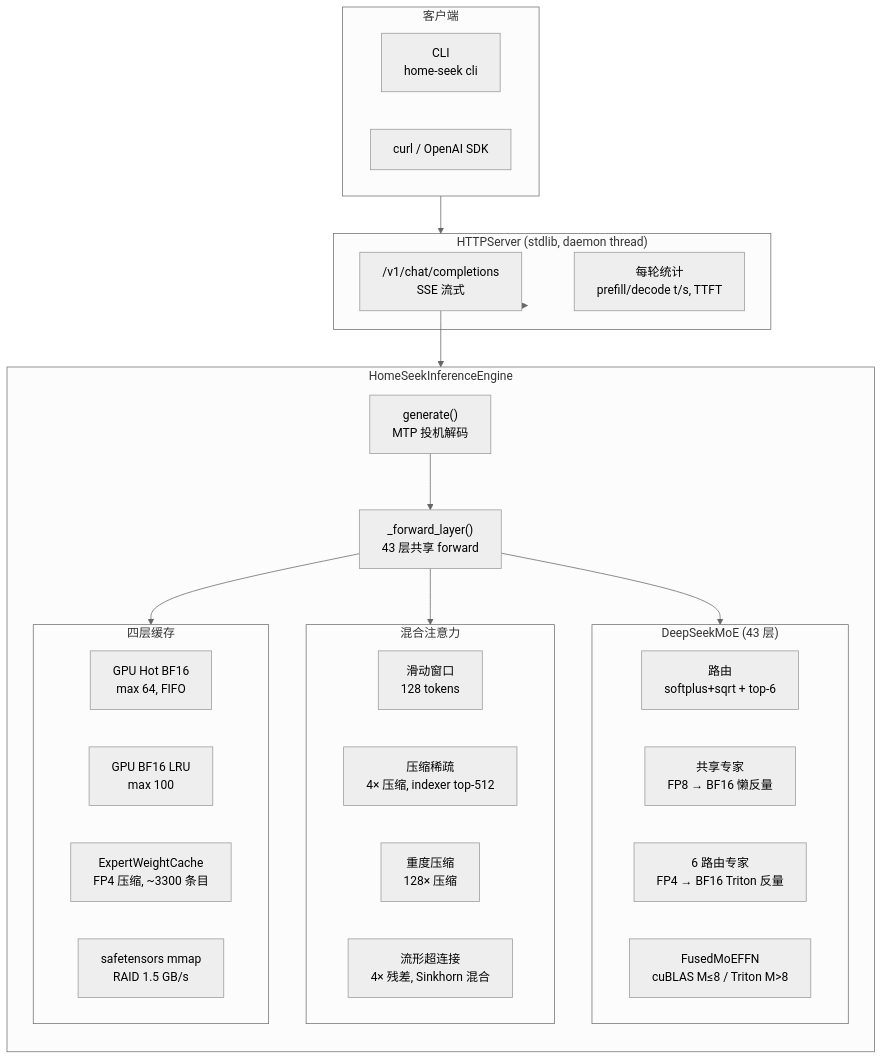
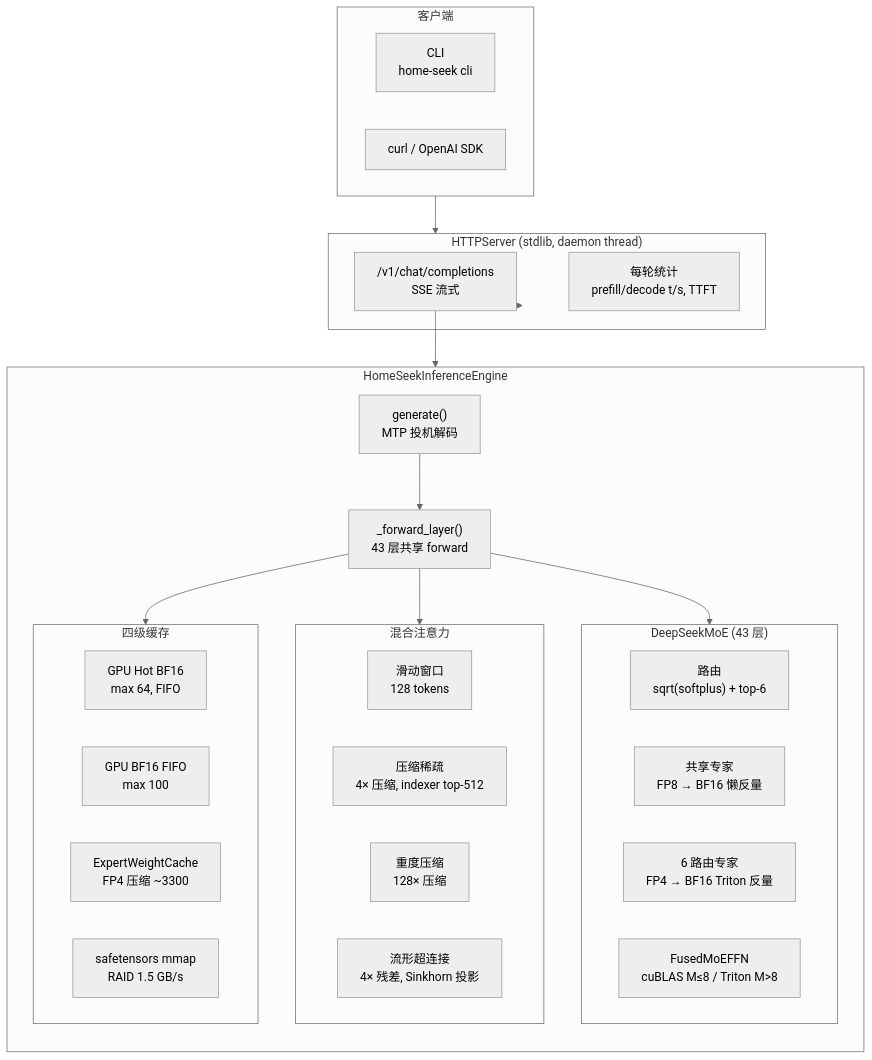
One commit to QingGo/home-seek changed the first of 3 diagrams in README.md. Above: the diagram before and after it, drawn with Mermaid (neutral theme). The commit also changed other lines of this file and 1 other file, not shown here.

````diff
--- a/README.md
+++ b/README.md
@@ -32,46 +32,46 @@
 ```mermaid
 graph TB
     subgraph Client["客户端"]
         CLI["CLI<br/>home-seek cli"]
         API["curl / OpenAI SDK"]
     end
 
     subgraph Server["HTTPServer (stdlib, daemon thread)"]
         Chat["/v1/chat/completions<br/>SSE 流式"]
         Stats["每轮统计<br/>prefill/decode t/s, TTFT"]
     end
 
     subgraph Engine["HomeSeekInferenceEngine"]
         direction TB
         Gen["generate()<br/>MTP 投机解码"]
         Fwd["_forward_layer()<br/>43 层共享 forward"]
 
         subgraph Attn["混合注意力"]
             SWA["滑动窗口<br/>128 tokens"]
             CSA["压缩稀疏<br/>4× 压缩, indexer top-512"]
             HCA["重度压缩<br/>128× 压缩"]
-            MHC["流形超连接<br/>4× 残差, Sinkhorn 混合"]
+            MHC["流形超连接<br/>4× 残差, Sinkhorn 投影"]
         end
 
         subgraph MoE["DeepSeekMoE (43 层)"]
-            Router["路由<br/>softplus+sqrt + top-6"]
+            Router["路由<br/>sqrt(softplus) + top-6"]
             Shared["共享专家<br/>FP8 → BF16 懒反量"]
             Routed["6 路由专家<br/>FP4 → BF16 Triton 反量"]
             FusedFFN["FusedMoEFFN<br/>cuBLAS M≤8 / Triton M>8"]
         end
 
-        subgraph Cache["四层缓存"]
+        subgraph Cache["四级缓存"]
             GPUHot["GPU Hot BF16<br/>max 64, FIFO"]
-            GPUBF16["GPU BF16 LRU<br/>max 100"]
-            CPUFP4["ExpertWeightCache<br/>FP4 压缩, ~3300 条目"]
+            GPUBF16["GPU BF16 FIFO<br/>max 100"]
+            CPUFP4["ExpertWeightCache<br/>FP4 压缩 ~3300"]
             Disk["safetensors mmap<br/>RAID 1.5 GB/s"]
         end
     end
 
     Client --> Server
     Server --> Chat --> Gen
     Gen --> Fwd
     Fwd --> Attn
     Fwd --> MoE
     Fwd --> Cache
 ```
````
